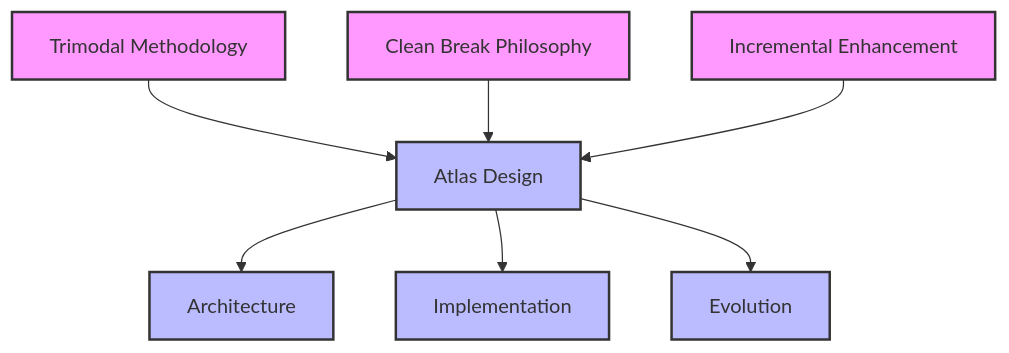
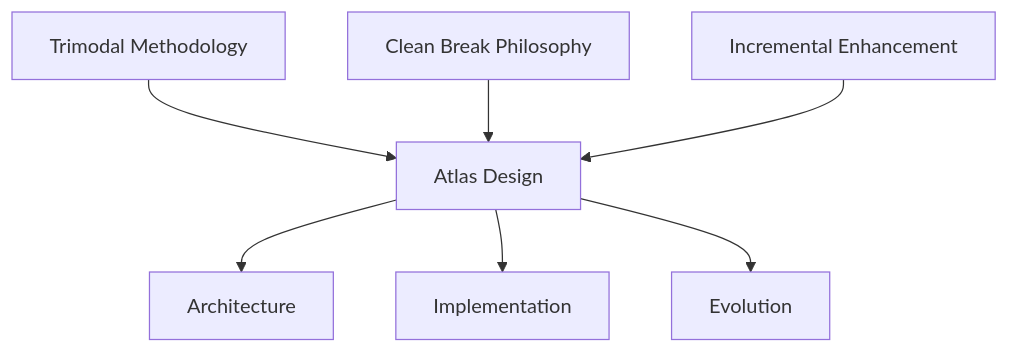
One commit to inherent-design/atlas changed the first of 2 diagrams in docs/architecture/design_principles.md. Above: the diagram before and after it, drawn with Mermaid. The commit also changed 11 other files, not shown here.

````diff
--- a/docs/architecture/design_principles.md
+++ b/docs/architecture/design_principles.md
@@ -13,14 +13,10 @@
 ```mermaid
 graph TD
     A[Trimodal Methodology] --> D[Atlas Design]
     B[Clean Break Philosophy] --> D
     C[Incremental Enhancement] --> D
     D --> E[Architecture]
     D --> F[Implementation]
     D --> G[Evolution]
 
-    classDef philosophy fill:#f9f,stroke:#333,stroke-width:2px
-    classDef application fill:#bbf,stroke:#333,stroke-width:2px
-    class A,B,C philosophy
-    class D,E,F,G application
 ```
````
